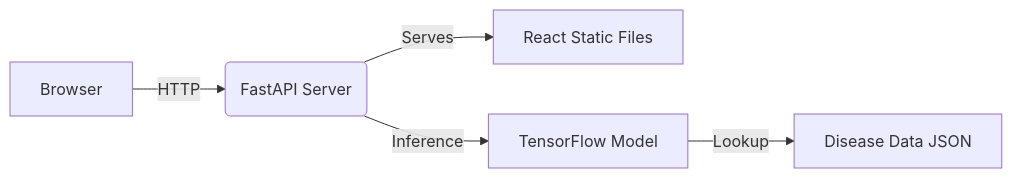
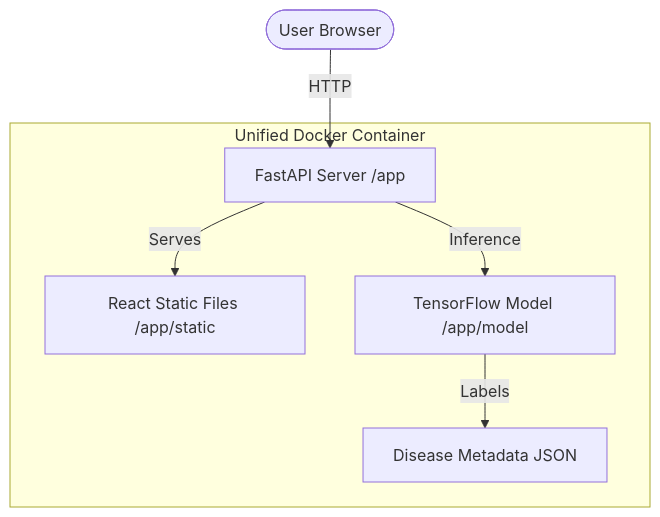
One commit to masumbillah21/crop-disease-ai-detector changed the diagram in README.md. Above: the diagram before and after it, drawn with Mermaid. The commit also changed other lines of this file, not shown here.

Commit message:
docs: Refine service URLs, update the architecture diagram, and revise the folder structure description in the README.

````diff
--- a/README.md
+++ b/README.md
@@ -43,7 +40,9 @@
 ```mermaid
-graph LR
-    A[Browser] -->|HTTP| B(FastAPI Server)
-    B -->|Serves| C[React Static Files]
-    B -->|Inference| D[TensorFlow Model]
-    D -->|Lookup| E[Disease Data JSON]
+graph TD
+    User([User Browser]) -->|HTTP| FastAPI[FastAPI Server /app]
+    subgraph "Unified Docker Container"
+        FastAPI -->|Serves| Static[React Static Files /app/static]
+        FastAPI -->|Inference| Model[TensorFlow Model /app/model]
+        Model -->|Labels| JSON[Disease Metadata JSON]
+    end
 ```
````
